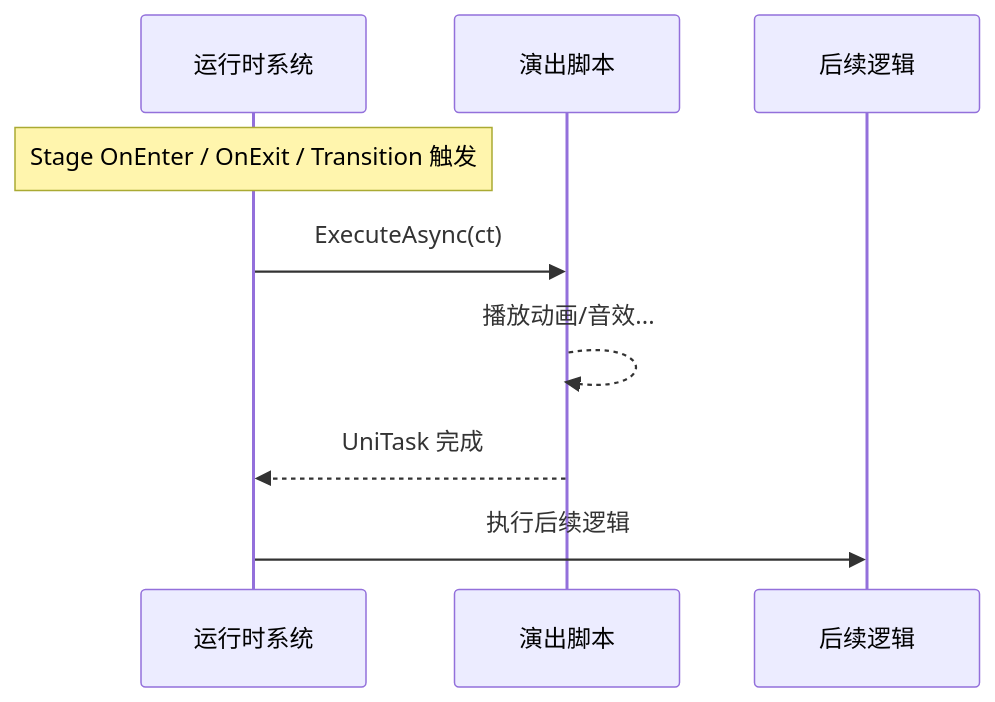
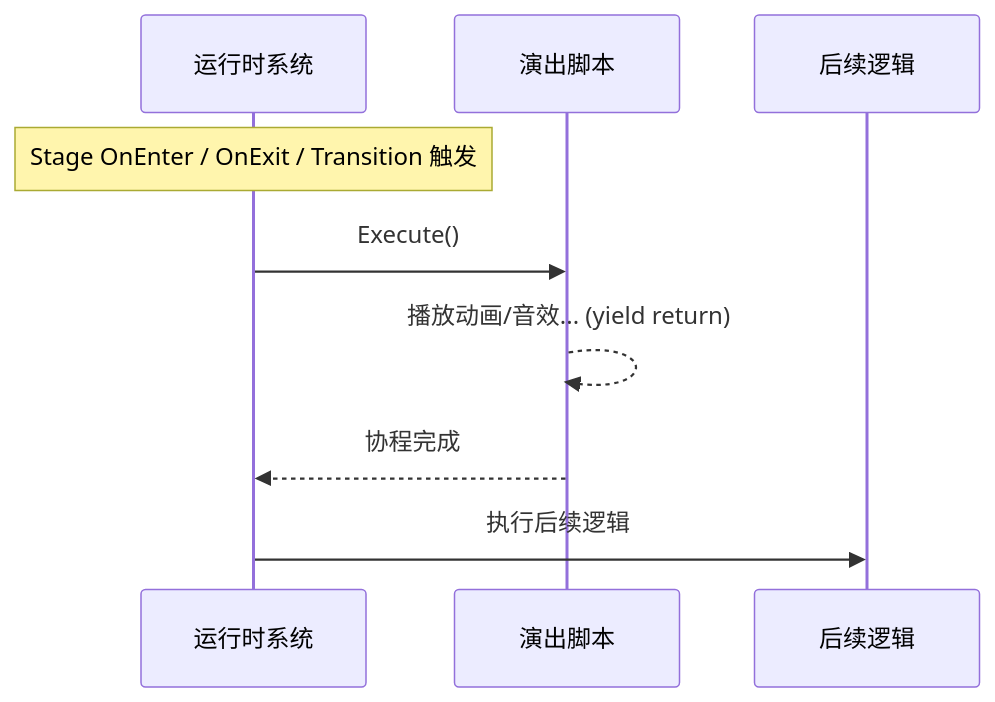
The second of 3 diagrams in overview/dev/Backend_Spec.md (starryforest-ymxk/PuzzleEditor), drawn with Mermaid before and after one commit. The commit also changed other lines of this file and 3 other files, not shown here.

````diff
--- a/overview/dev/Backend_Spec.md
+++ b/overview/dev/Backend_Spec.md
@@ -169,12 +170,12 @@
 ```mermaid
 sequenceDiagram
     participant System as 运行时系统
     participant Script as 演出脚本
     participant Next as 后续逻辑
 
     Note over System: Stage OnEnter / OnExit / Transition 触发
-    System->>Script: ExecuteAsync(ct)
-    Script-->>Script: 播放动画/音效...
-    Script-->>System: UniTask 完成
+    System->>Script: Execute()
+    Script-->>Script: 播放动画/音效... (yield return)
+    Script-->>System: 协程完成
     System->>Next: 执行后续逻辑
 ```
````
